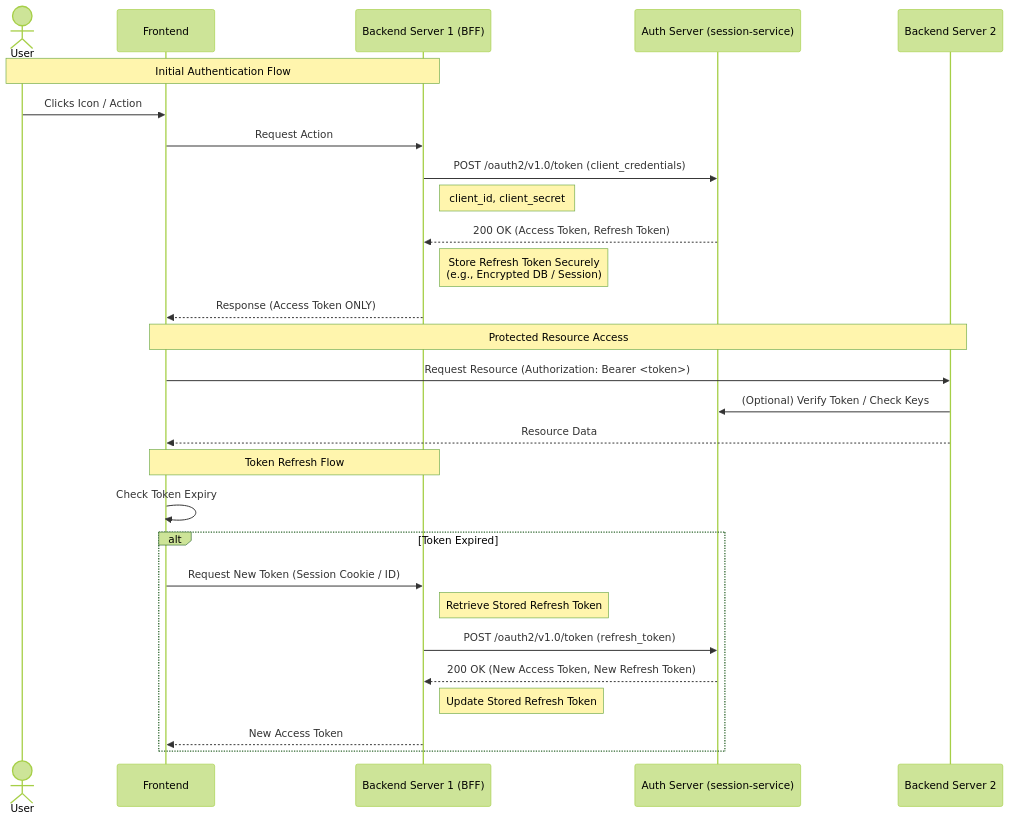
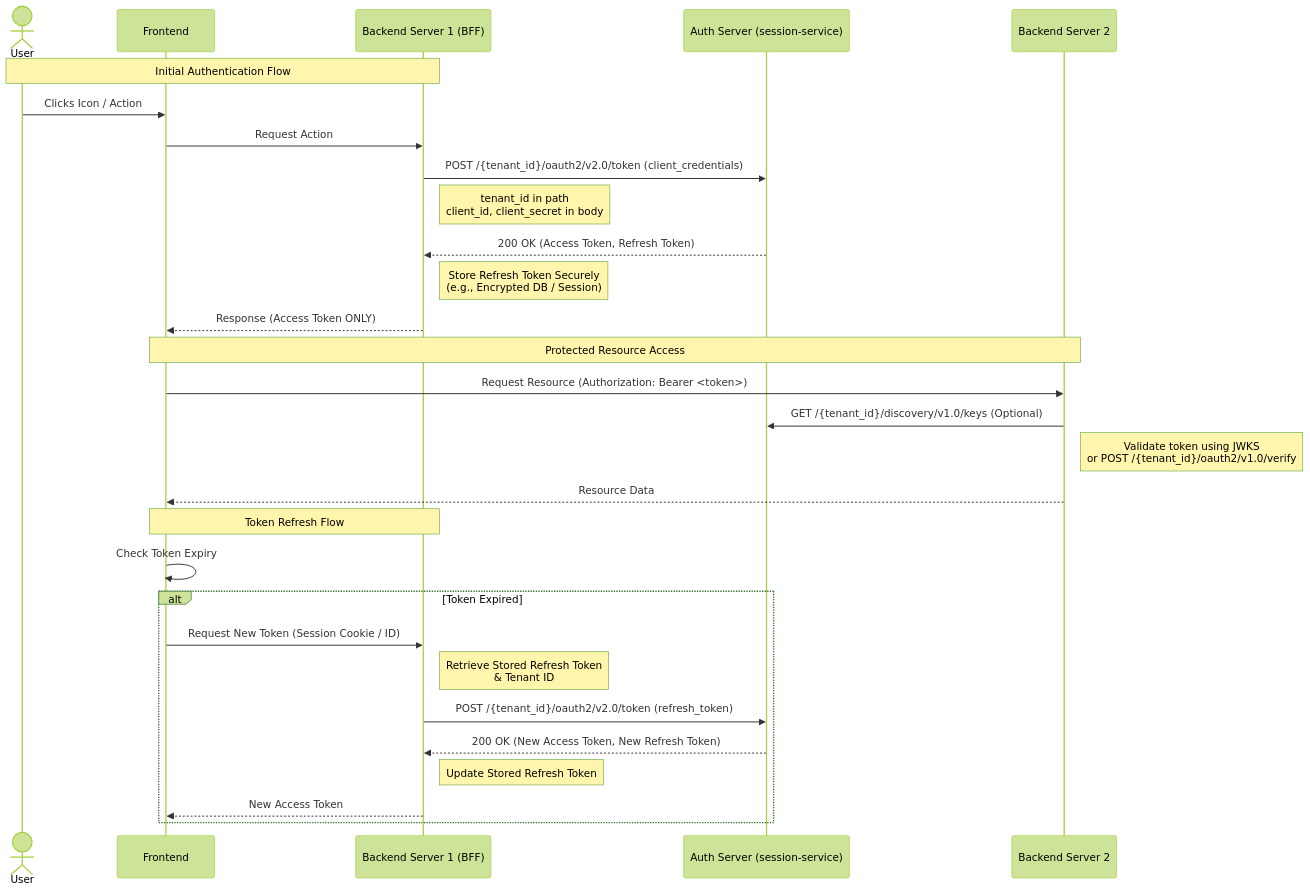
One commit to imarinzone/session-service changed the diagram in INTEGRATION_GUIDE.md. Above: the diagram before and after it, drawn with Mermaid (forest theme). The commit also changed other lines of this file and 15 other files, not shown here.

````diff
--- a/INTEGRATION_GUIDE.md
+++ b/INTEGRATION_GUIDE.md
@@ -19,33 +32,34 @@
 ```mermaid
 sequenceDiagram
     actor User
     participant Frontend
     participant Backend1 as Backend Server 1 (BFF)
     participant AuthServer as Auth Server (session-service)
     participant Backend2 as Backend Server 2
 
     Note over User, Backend1: Initial Authentication Flow
     User->>Frontend: Clicks Icon / Action
     Frontend->>Backend1: Request Action
-    Backend1->>AuthServer: POST /oauth2/v1.0/token (client_credentials)
-    Note right of Backend1: client_id, client_secret
+    Backend1->>AuthServer: POST /{tenant_id}/oauth2/v2.0/token (client_credentials)
+    Note right of Backend1: tenant_id in path<br/>client_id, client_secret in body
     AuthServer-->>Backend1: 200 OK (Access Token, Refresh Token)
     Note right of Backend1: Store Refresh Token Securely<br/>(e.g., Encrypted DB / Session)
     Backend1-->>Frontend: Response (Access Token ONLY)
 
     Note over Frontend, Backend2: Protected Resource Access
     Frontend->>Backend2: Request Resource (Authorization: Bearer <token>)
-    Backend2->>AuthServer: (Optional) Verify Token / Check Keys
+    Backend2->>AuthServer: GET /{tenant_id}/discovery/v1.0/keys (Optional)
+    Note right of Backend2: Validate token using JWKS<br/>or POST /{tenant_id}/oauth2/v1.0/verify
     Backend2-->>Frontend: Resource Data
 
     Note over Frontend, Backend1: Token Refresh Flow
     Frontend->>Frontend: Check Token Expiry
     alt Token Expired
         Frontend->>Backend1: Request New Token (Session Cookie / ID)
-        Note right of Backend1: Retrieve Stored Refresh Token
-        Backend1->>AuthServer: POST /oauth2/v1.0/token (refresh_token)
+        Note right of Backend1: Retrieve Stored Refresh Token<br/>& Tenant ID
+        Backend1->>AuthServer: POST /{tenant_id}/oauth2/v2.0/token (refresh_token)
         AuthServer-->>Backend1: 200 OK (New Access Token, New Refresh Token)
         Note right of Backend1: Update Stored Refresh Token
         Backend1-->>Frontend: New Access Token
     end
 ```
````
